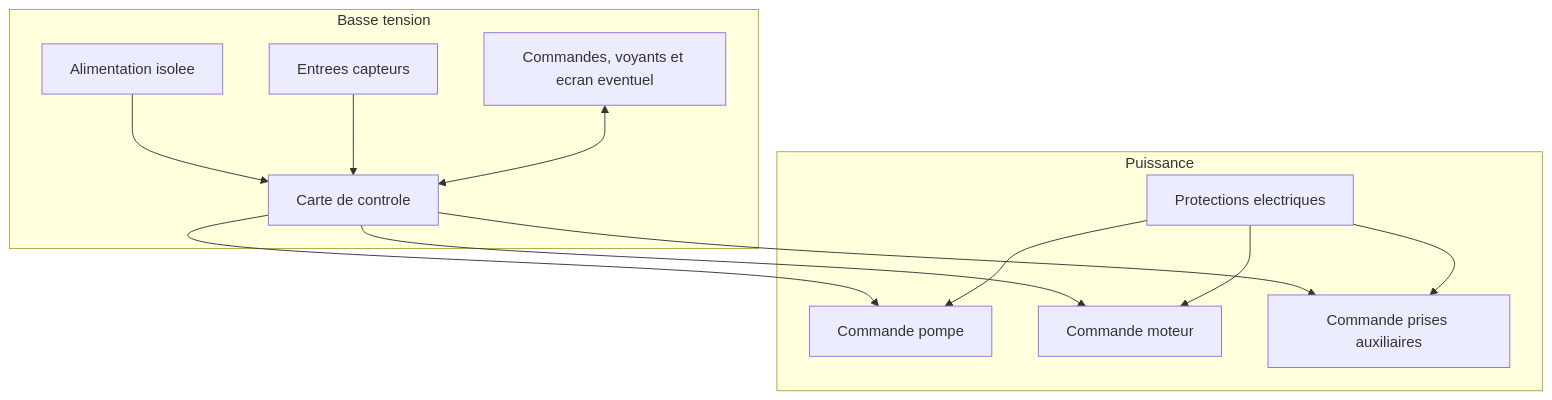
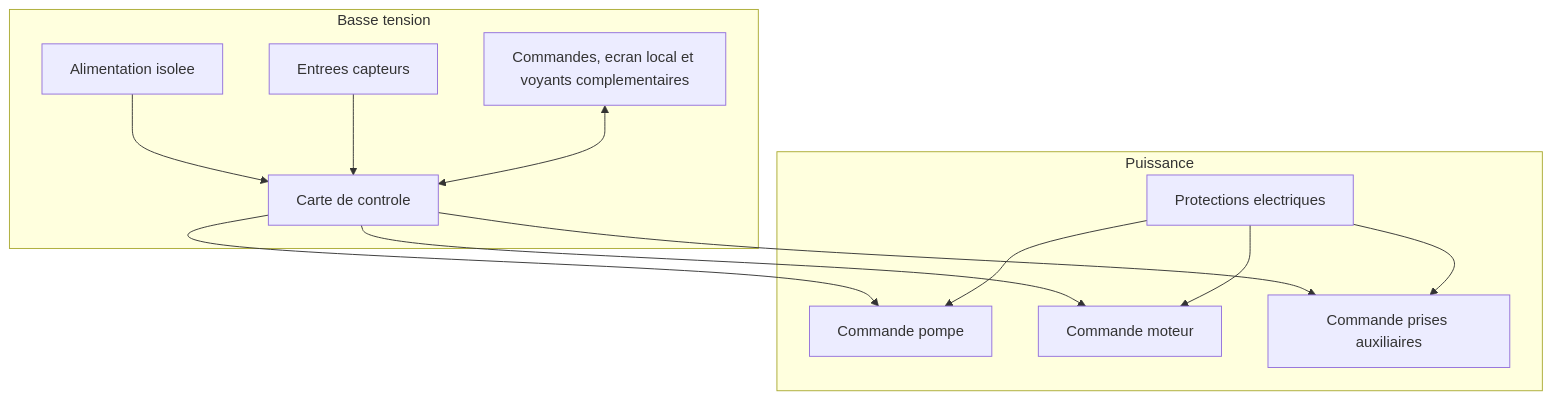
The second of 2 diagrams in docs/architecture/02-architecture-materielle.md (elbuey76/DrumFilterController), drawn with Mermaid before and after one commit. The commit also changed other lines of this file and 18 other files, not shown here.

````diff
--- a/docs/architecture/02-architecture-materielle.md
+++ b/docs/architecture/02-architecture-materielle.md
@@ -94,26 +96,26 @@
 ```mermaid
 flowchart TB
     subgraph BT[Basse tension]
         Alim[Alimentation isolee]
         MCU[Carte de controle]
         Inputs[Entrees capteurs]
-        UI[Commandes, voyants et ecran eventuel]
+        UI[Commandes, ecran local et voyants complementaires]
     end
 
     subgraph P[Puissance]
         Prot[Protections electriques]
         K1[Commande pompe]
         K2[Commande moteur]
         K3[Commande prises auxiliaires]
     end
 
     Alim --> MCU
     Inputs --> MCU
     UI <--> MCU
     MCU --> K1
     MCU --> K2
     MCU --> K3
     Prot --> K1
     Prot --> K2
     Prot --> K3
 ```
````
